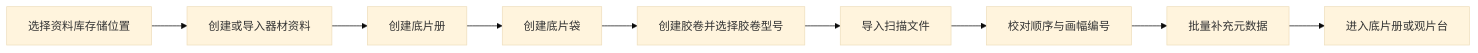
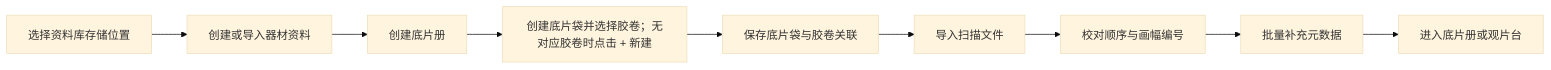
One commit to pluto037/FilmManage changed the third of 4 diagrams in 胶片管理应用-产品与系统设计文档.md. Above: the diagram before and after it, drawn with Mermaid (base theme). The commit also changed other lines of this file and 1 other file, not shown here.

````diff
--- a/胶片管理应用-产品与系统设计文档.md
+++ b/胶片管理应用-产品与系统设计文档.md
@@ -372,11 +383,11 @@
 ```mermaid
 flowchart LR
     A["选择资料库存储位置"] --> B["创建或导入器材资料"]
     B --> C["创建底片册"]
-    C --> D["创建底片袋"]
-    D --> E["创建胶卷并选择胶卷型号"]
+    C --> D["创建底片袋并选择胶卷；无对应胶卷时点击 + 新建"]
+    D --> E["保存底片袋与胶卷关联"]
     E --> F["导入扫描文件"]
     F --> G["校对顺序与画幅编号"]
     G --> H["批量补充元数据"]
     H --> I["进入底片册或观片台"]
 ```
````
